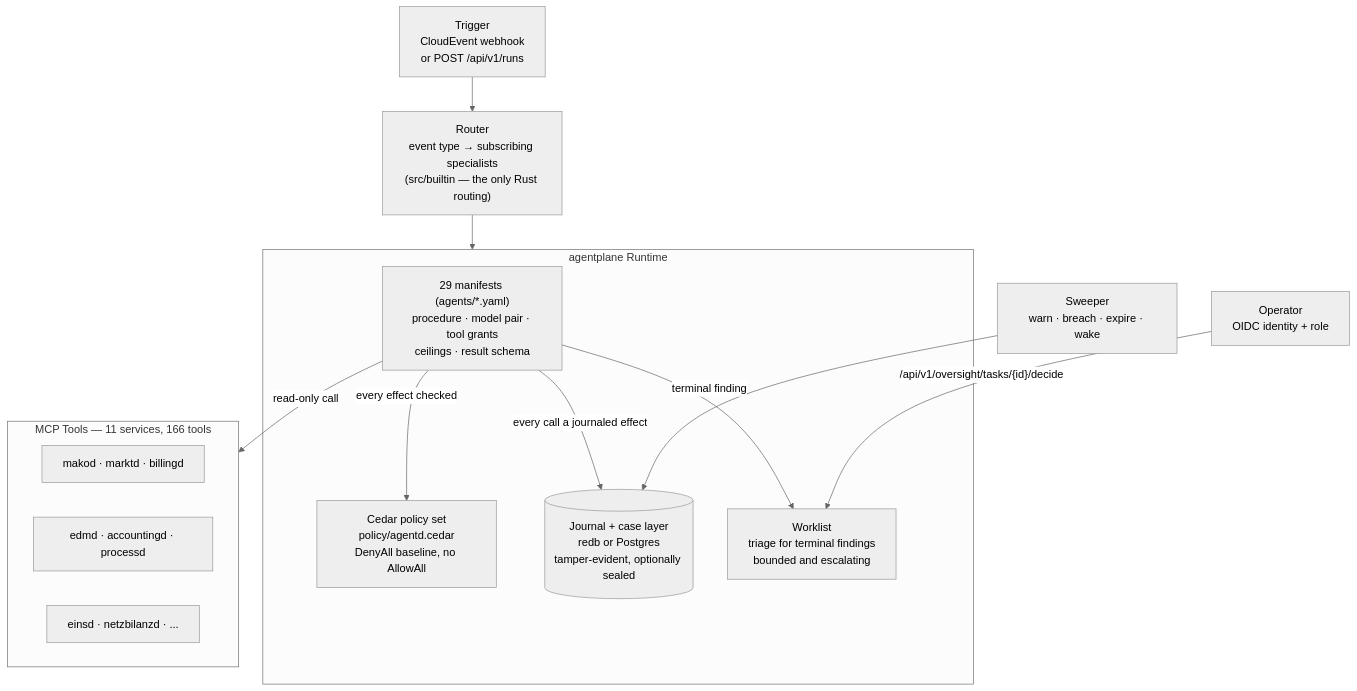
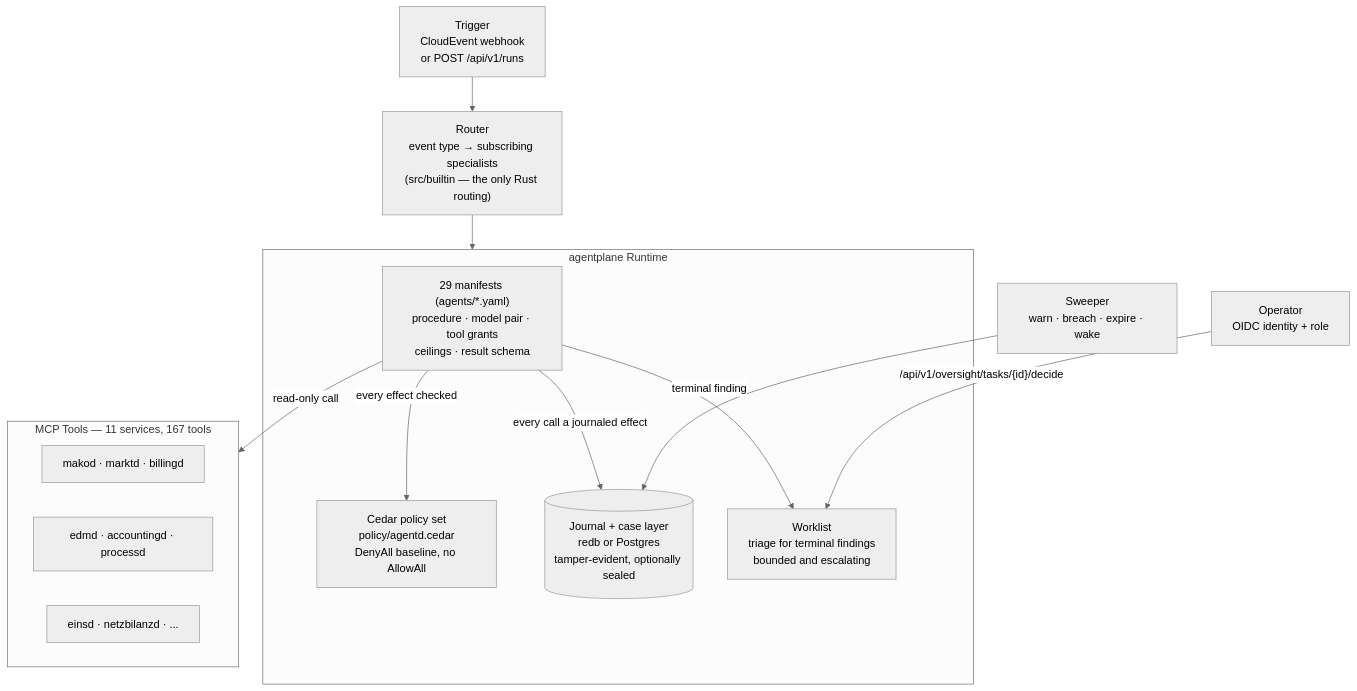
The first of 4 diagrams in site/content/docs/services/agentd.md (hupe1980/mako), drawn with Mermaid (neutral theme) before and after one commit. The commit also changed other lines of this file and 170 other files, not shown here.

````diff
--- a/site/content/docs/services/agentd.md
+++ b/site/content/docs/services/agentd.md
@@ -411,29 +418,29 @@
 ```mermaid
 graph TB
     TRIGGER["Trigger<br/>CloudEvent webhook<br/>or POST /api/v1/runs"]
     ROUTER["Router<br/>event type → subscribing specialists<br/>(src/builtin — the only Rust routing)"]
 
     subgraph plane ["agentplane Runtime"]
         MANIFEST["29 manifests (agents/*.yaml)<br/>procedure · model pair · tool grants<br/>ceilings · result schema"]
         POLICY["Cedar policy set<br/>policy/agentd.cedar<br/>DenyAll baseline, no AllowAll"]
         JOURNAL[("Journal + case layer<br/>redb or Postgres<br/>tamper-evident, optionally sealed")]
         OVERSIGHT["Worklist<br/>triage for terminal findings<br/>bounded and escalating"]
     end
 
-    subgraph tools ["MCP Tools — 11 services, 166 tools"]
+    subgraph tools ["MCP Tools — 11 services, 167 tools"]
         T1["makod · marktd · billingd"]
         T2["edmd · accountingd · processd"]
         T3["einsd · netzbilanzd · ..."]
     end
 
     HUMAN["Operator<br/>OIDC identity + role"]
     SWEEP["Sweeper<br/>warn · breach · expire · wake"]
 
     TRIGGER --> ROUTER --> plane
     MANIFEST -->|"every effect checked"| POLICY
     MANIFEST -->|"every call a journaled effect"| JOURNAL
     MANIFEST -->|"terminal finding"| OVERSIGHT
     HUMAN -->|"/api/v1/oversight/tasks/{id}/decide"| OVERSIGHT
     SWEEP --> JOURNAL
     MANIFEST -->|"read-only call"| tools
 ```
````
